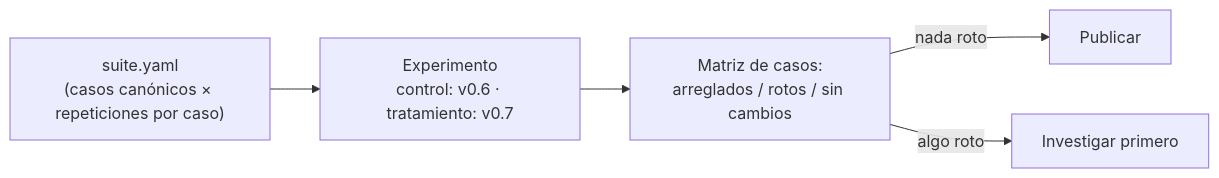
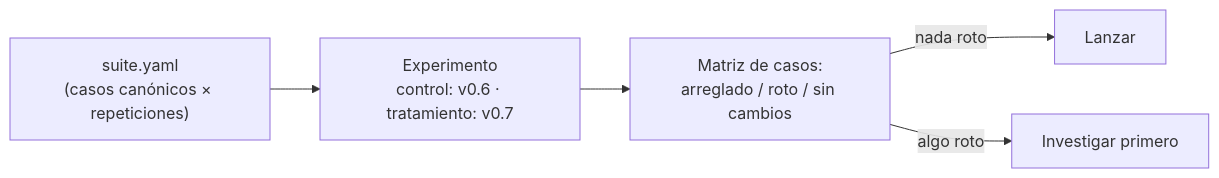
The third of 3 diagrams in docs/es/evaluation/regression-suites.md (marcosdh1987/harness-engineering-guide), drawn with Mermaid before and after one commit. The commit also changed other lines of this file and 120 other files, not shown here.

````diff
--- a/docs/es/evaluation/regression-suites.md
+++ b/docs/es/evaluation/regression-suites.md
@@ -89,7 +89,7 @@
 ```mermaid
 flowchart LR
-    SUITE["suite.yaml<br/>(casos canónicos × repeticiones por caso)"] --> EXP["Experimento<br/>control: v0.6 · tratamiento: v0.7"]
-    EXP --> MATRIX["Matriz de casos:<br/>arreglados / rotos / sin cambios"]
-    MATRIX -->|"nada roto"| SHIP["Publicar"]
+    SUITE["suite.yaml<br/>(casos canónicos × repeticiones)"] --> EXP["Experimento<br/>control: v0.6 · tratamiento: v0.7"]
+    EXP --> MATRIX["Matriz de casos:<br/>arreglado / roto / sin cambios"]
+    MATRIX -->|"nada roto"| SHIP["Lanzar"]
     MATRIX -->|"algo roto"| BLOCK["Investigar primero"]
 ```
````
